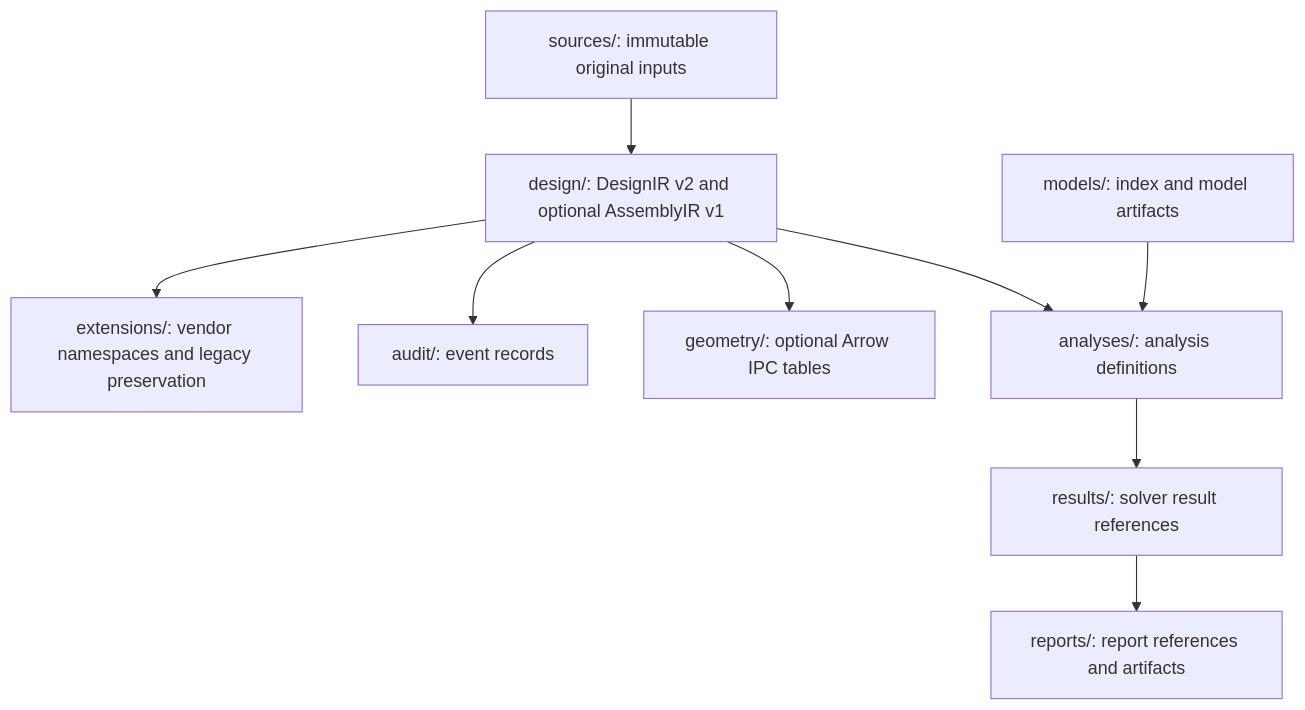
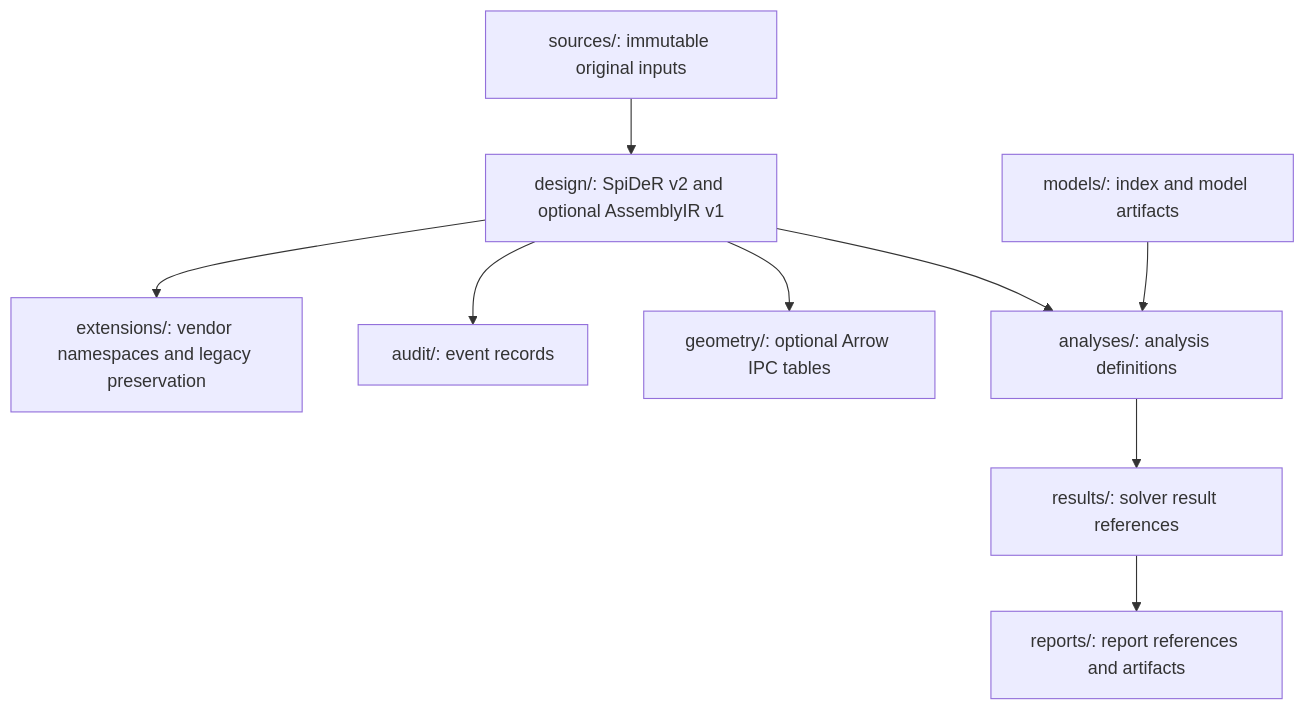
Before and after one commit to krishna-swaroop/SPIKE: the fourth of 8 diagrams in docs/CAD_NEUTRAL_NATIVE_MULTIPHYSICS_FOUNDATION.md, drawn with Mermaid. The commit also changed other lines of this file and 523 other files, not shown here.

````diff
--- a/docs/CAD_NEUTRAL_NATIVE_MULTIPHYSICS_FOUNDATION.md
+++ b/docs/CAD_NEUTRAL_NATIVE_MULTIPHYSICS_FOUNDATION.md
@@ -299,20 +299,20 @@
 ```mermaid
 flowchart TB
     SOURCE["sources/: immutable original inputs"]
-    DESIGN["design/: DesignIR v2 and optional AssemblyIR v1"]
+    DESIGN["design/: SpiDeR v2 and optional AssemblyIR v1"]
     GEOM["geometry/: optional Arrow IPC tables"]
     MODELS["models/: index and model artifacts"]
     ANALYSIS["analyses/: analysis definitions"]
     RESULTS["results/: solver result references"]
     REPORTS["reports/: report references and artifacts"]
     AUDIT["audit/: event records"]
     EXTENSIONS["extensions/: vendor namespaces and legacy preservation"]
     SOURCE --> DESIGN
     DESIGN --> ANALYSIS
     DESIGN --> GEOM
     MODELS --> ANALYSIS
     ANALYSIS --> RESULTS
     RESULTS --> REPORTS
     DESIGN --> AUDIT
     DESIGN --> EXTENSIONS
 ```
````
